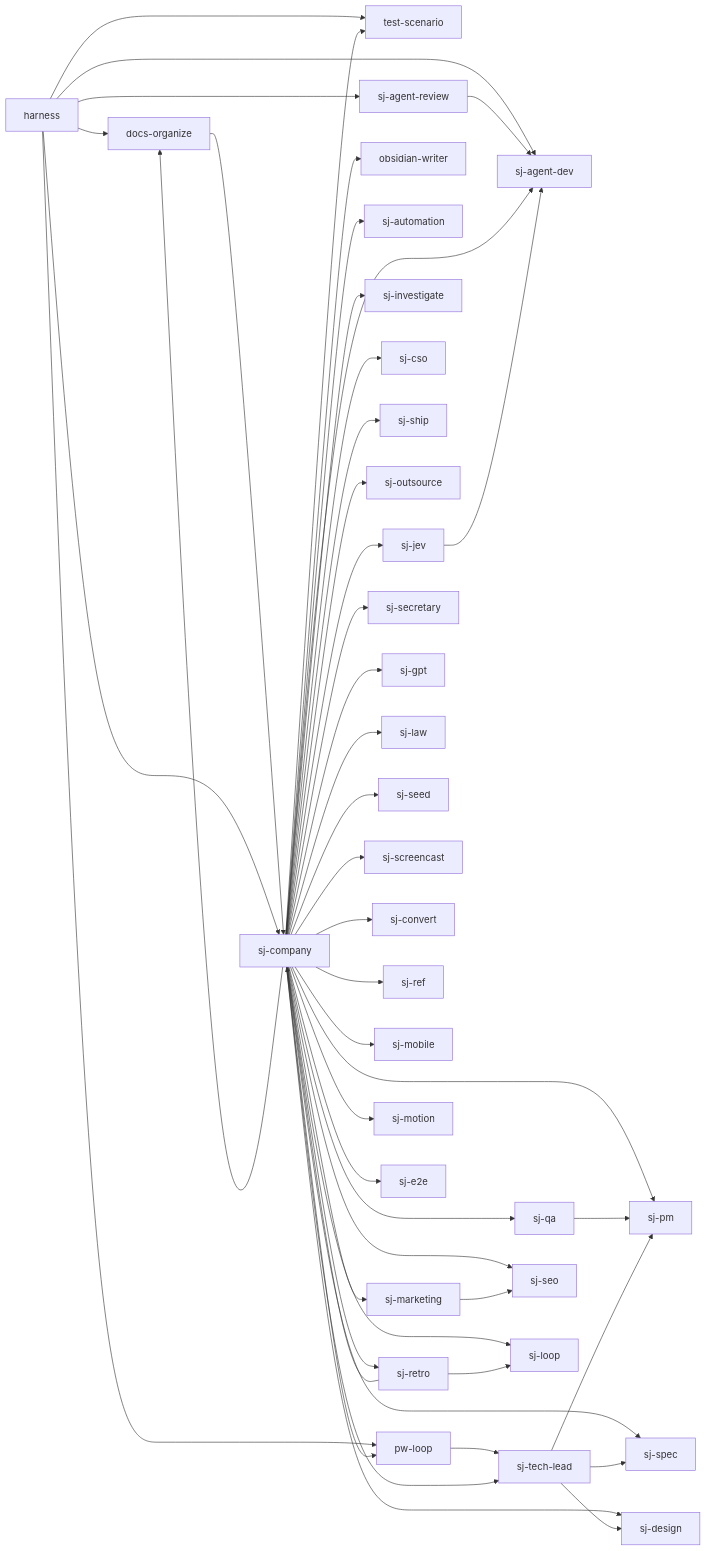
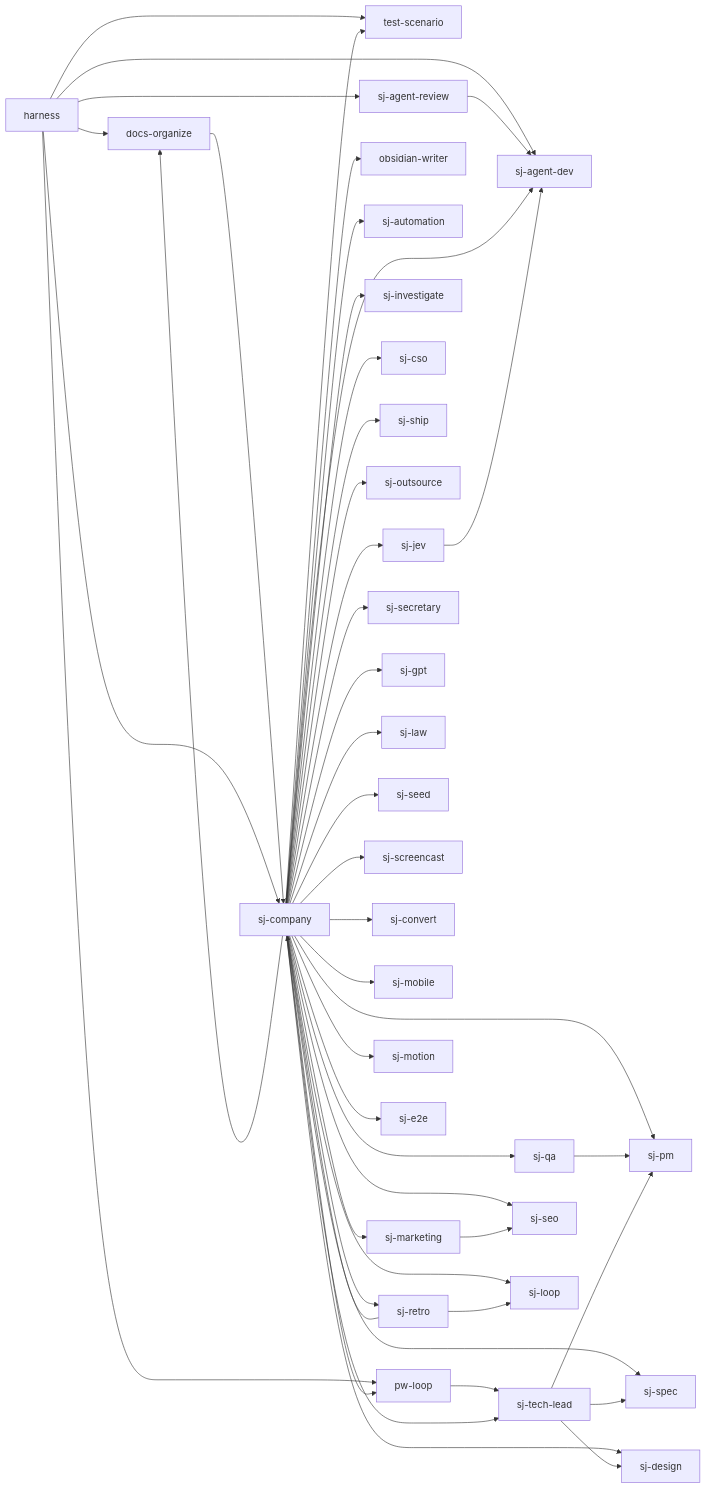
Before and after one commit to s0613/S-skills: the diagram in docs/FEATURE-MAP.md, drawn with Mermaid. The commit also changed other lines of this file and 7 other files, not shown here.

````diff
--- a/docs/FEATURE-MAP.md
+++ b/docs/FEATURE-MAP.md
@@ -6,50 +6,49 @@
 ```mermaid
 flowchart LR
   F01[docs-organize] --> F08[sj-company]
   F02[harness] --> F01
   F02 --> F26[test-scenario]
   F02 --> F04[pw-loop]
   F02 --> F08
   F02 --> F06[sj-agent-review]
   F02 --> F05[sj-agent-dev]
   F04 --> F25[sj-tech-lead]
   F06 --> F05
   F08 --> F18[sj-pm]
   F08 --> F25
   F08 --> F19[sj-qa]
   F08 --> F03[obsidian-writer]
   F08 --> F07[sj-automation]
   F08 --> F22[sj-seo]
   F08 --> F16[sj-marketing]
   F08 --> F24[sj-spec]
   F08 --> F13[sj-investigate]
   F08 --> F05
   F08 --> F09[sj-cso]
   F08 --> F23[sj-ship]
   F08 --> F17[sj-outsource]
   F08 --> F20[sj-retro]
   F08 --> F10[sj-design]
   F08 --> F21[sj-secretary]
   F08 --> F26
   F08 --> F04
   F08 --> F01
   F08 --> F15[sj-loop]
   F08 --> F12[sj-gpt]
   F08 --> F14[sj-law]
   F08 --> F27[sj-seed]
   F08 --> F28[sj-screencast]
   F08 --> F29[sj-convert]
-  F08 --> F30[sj-ref]
   F08 --> F32[sj-mobile]
   F08 --> F33[sj-jev]
   F33 --> F05
   F08 --> F34[sj-motion]
   F08 --> F35[sj-e2e]
   F16 --> F22
   F19 --> F18
   F20 --> F08
   F20 --> F15
   F25 --> F18
   F25 --> F24
   F25 --> F10
 ```
````
